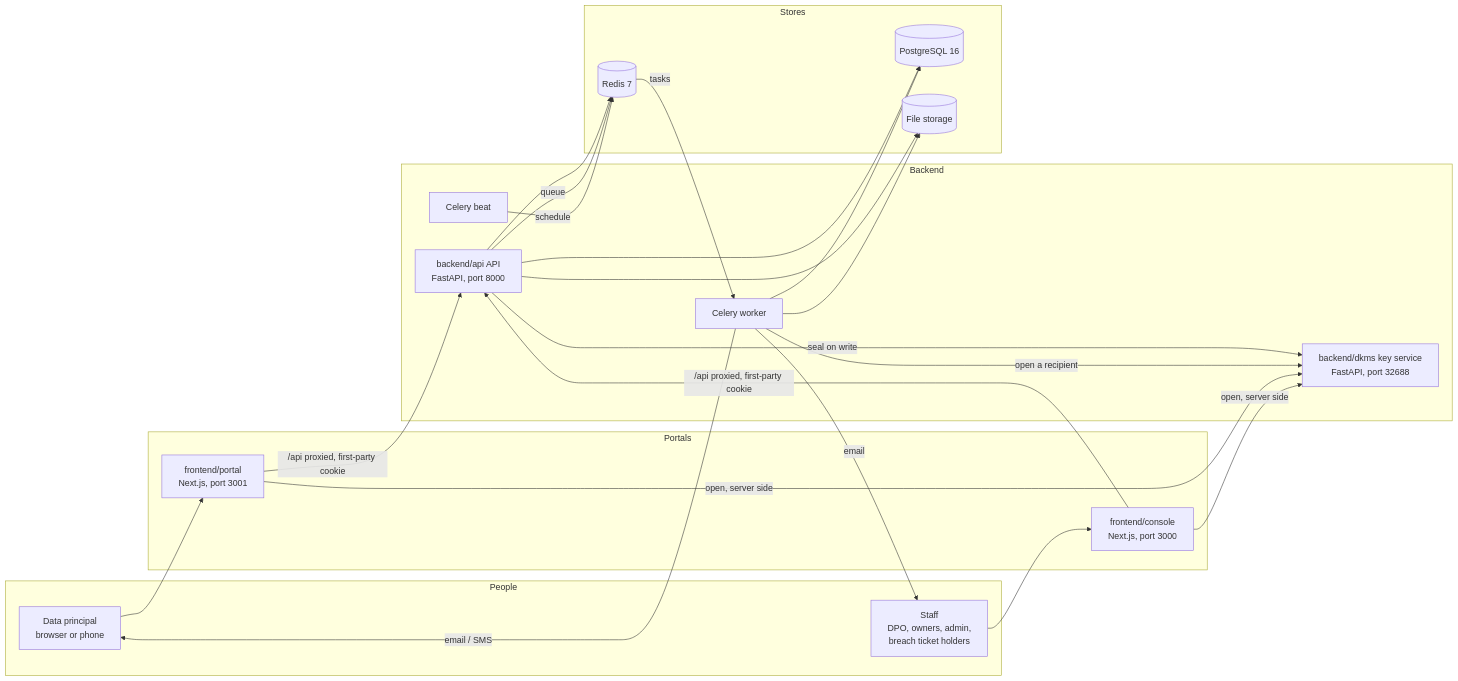
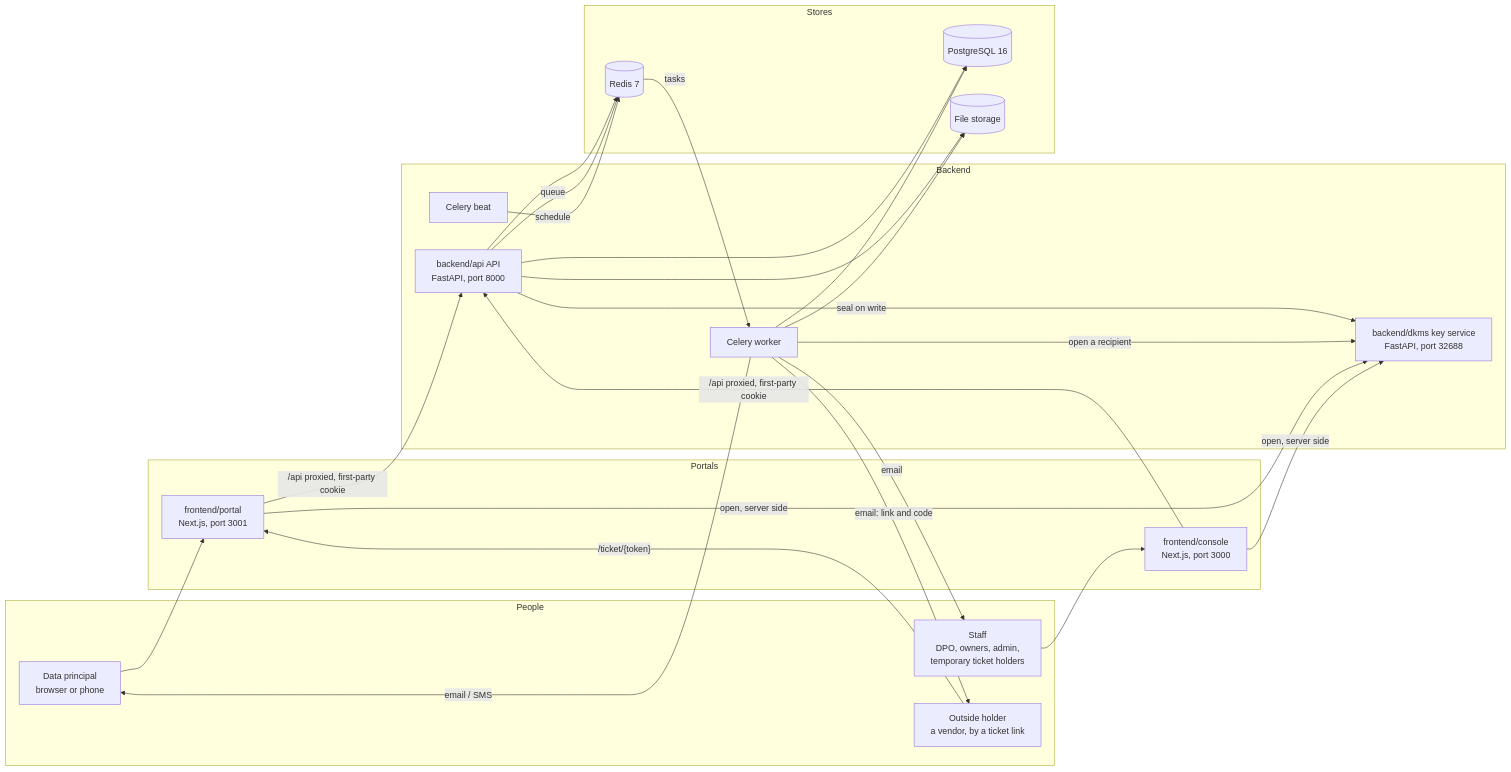
The diagram in docs/architecture/system-overview.md (pranaldongare/COMPASS_CMP), drawn with Mermaid before and after one commit. The commit also changed other lines of this file and 98 other files, not shown here.

````diff
--- a/docs/architecture/system-overview.md
+++ b/docs/architecture/system-overview.md
@@ -14,40 +14,43 @@
 ```mermaid
 flowchart LR
   subgraph People
     S[Data principal<br/>browser or phone]
-    T[Staff<br/>DPO, owners, admin,<br/>breach ticket holders]
+    T[Staff<br/>DPO, owners, admin,<br/>temporary ticket holders]
+    H[Outside holder<br/>a vendor, by a ticket link]
   end
   subgraph Portals
     P[frontend/portal<br/>Next.js, port 3001]
     C[frontend/console<br/>Next.js, port 3000]
   end
   subgraph Backend
     A[backend/api API<br/>FastAPI, port 8000]
     W[Celery worker]
     B[Celery beat]
     K[backend/dkms key service<br/>FastAPI, port 32688]
   end
   subgraph Stores
     PG[(PostgreSQL 16)]
     R[(Redis 7)]
     F[(File storage)]
   end
   S --> P
+  H -- "/ticket/{token}" --> P
   T --> C
   P -- "/api proxied, first-party cookie" --> A
   C -- "/api proxied, first-party cookie" --> A
   A --> PG
   A --> R
   A --> F
   A -- "seal on write" --> K
   W -- "open a recipient" --> K
   P -- "open, server side" --> K
   C -- "open, server side" --> K
   A -- "queue" --> R
   R -- "tasks" --> W
   B -- "schedule" --> R
   W --> PG
   W --> F
   W -- "email / SMS" --> S
   W -- "email" --> T
+  W -- "email: link and code" --> H
 ```
````
